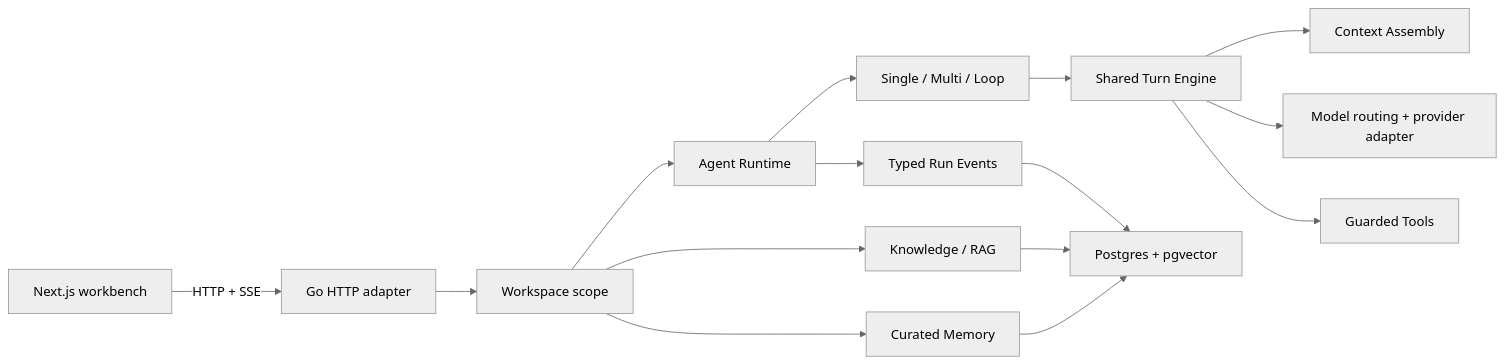
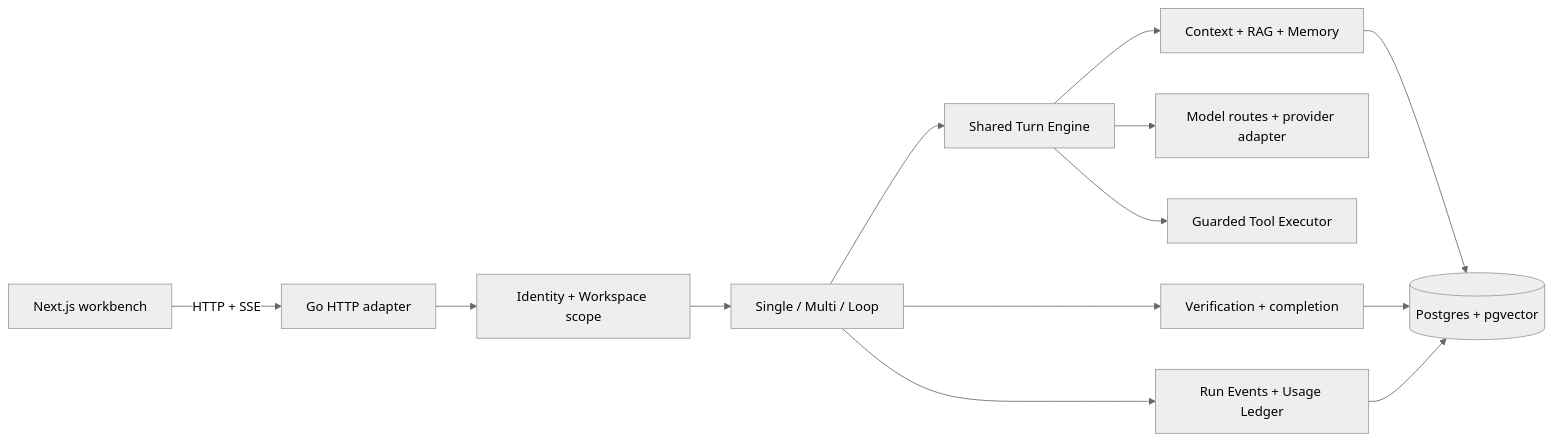
One commit to hoiyd/agentflow-platform changed the diagram in README.md. Above: the diagram before and after it, drawn with Mermaid (neutral theme). The commit also changed other lines of this file and 13 other files, not shown here.

````diff
--- a/README.md
+++ b/README.md
@@ -65,17 +38,15 @@
 ```mermaid
 flowchart LR
     UI[Next.js workbench] -->|HTTP + SSE| API[Go HTTP adapter]
-    API --> Scope[Workspace scope]
-    Scope --> Runtime[Agent Runtime]
-    Runtime --> Modes[Single / Multi / Loop]
-    Modes --> Turn[Shared Turn Engine]
-    Turn --> Context[Context Assembly]
-    Turn --> Model[Model routing + provider adapter]
-    Turn --> Tools[Guarded Tools]
-    Scope --> Knowledge[Knowledge / RAG]
-    Scope --> Memory[Curated Memory]
-    Runtime --> Events[Typed Run Events]
-    Events --> Store[Postgres + pgvector]
-    Knowledge --> Store
-    Memory --> Store
+    API --> Scope[Identity + Workspace scope]
+    Scope --> Runtime[Single / Multi / Loop]
+    Runtime --> Turn[Shared Turn Engine]
+    Turn --> Context[Context + RAG + Memory]
+    Turn --> Model[Model routes + provider adapter]
+    Turn --> Tools[Guarded Tool Executor]
+    Runtime --> Completion[Verification + completion]
+    Runtime --> Evidence[Run Events + Usage Ledger]
+    Context --> DB[(Postgres + pgvector)]
+    Completion --> DB
+    Evidence --> DB
 ```
````
